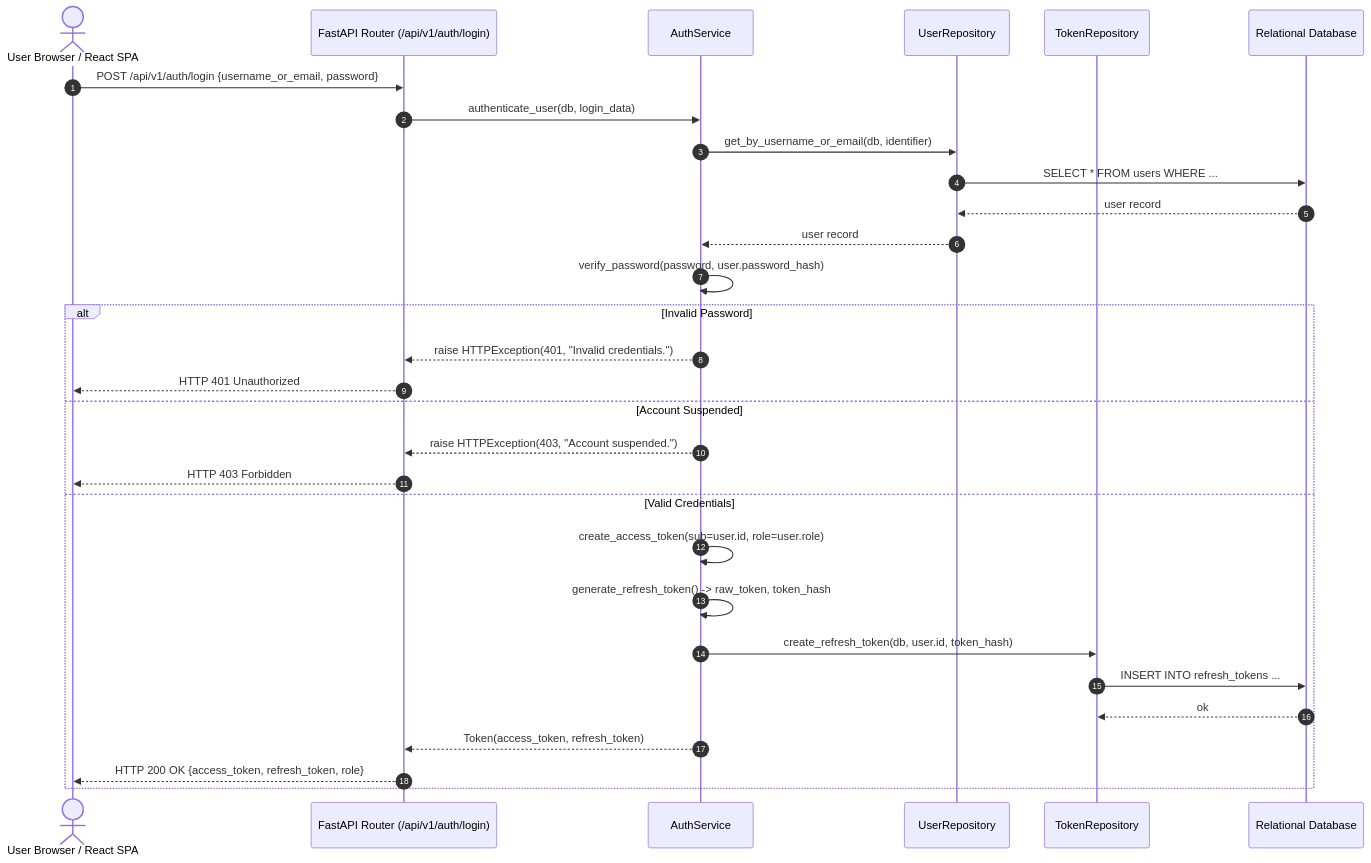
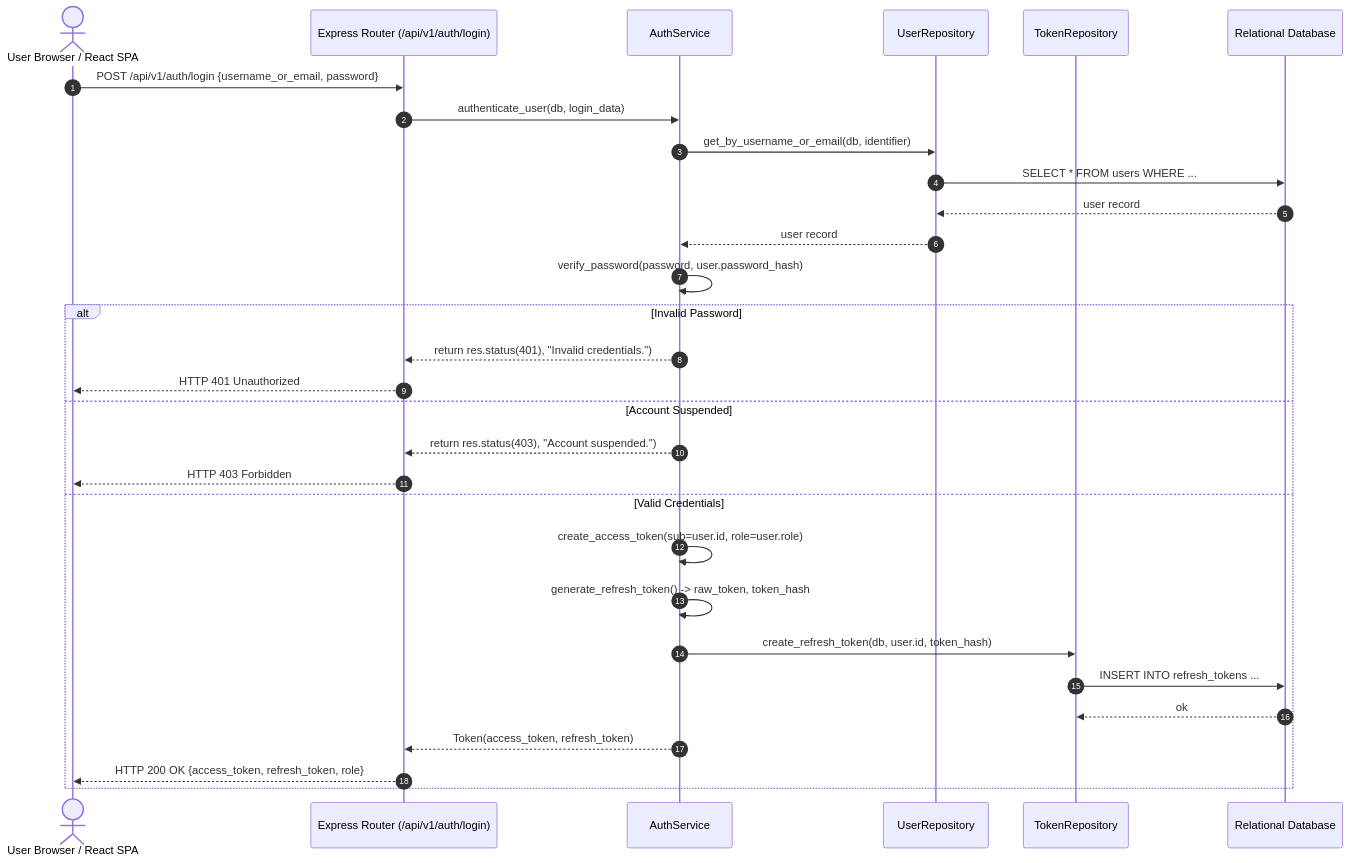
One commit to Coffeee-ui/Batanes_Niche changed the first of 4 diagrams in development/Documentation/06-Authentication-and-Security.md. Above: the diagram before and after it, drawn with Mermaid. The commit also changed other lines of this file and 30 other files, not shown here.

````diff
--- a/development/Documentation/06-Authentication-and-Security.md
+++ b/development/Documentation/06-Authentication-and-Security.md
@@ -154,34 +154,34 @@
 ```mermaid
 sequenceDiagram
     autonumber
     actor User as User Browser / React SPA
-    participant API as FastAPI Router (/api/v1/auth/login)
+    participant API as Express Router (/api/v1/auth/login)
     participant AuthSvc as AuthService
     participant UserRepo as UserRepository
     participant TokenRepo as TokenRepository
     participant DB as Relational Database
 
     User->>API: POST /api/v1/auth/login {username_or_email, password}
     API->>AuthSvc: authenticate_user(db, login_data)
     AuthSvc->>UserRepo: get_by_username_or_email(db, identifier)
     UserRepo->>DB: SELECT * FROM users WHERE ...
     DB-->>UserRepo: user record
     UserRepo-->>AuthSvc: user record
 
     AuthSvc->>AuthSvc: verify_password(password, user.password_hash)
     alt Invalid Password
-        AuthSvc-->>API: raise HTTPException(401, "Invalid credentials.")
+        AuthSvc-->>API: return res.status(401), "Invalid credentials.")
         API-->>User: HTTP 401 Unauthorized
     else Account Suspended
-        AuthSvc-->>API: raise HTTPException(403, "Account suspended.")
+        AuthSvc-->>API: return res.status(403), "Account suspended.")
         API-->>User: HTTP 403 Forbidden
     else Valid Credentials
         AuthSvc->>AuthSvc: create_access_token(sub=user.id, role=user.role)
         AuthSvc->>AuthSvc: generate_refresh_token() -> raw_token, token_hash
         AuthSvc->>TokenRepo: create_refresh_token(db, user.id, token_hash)
         TokenRepo->>DB: INSERT INTO refresh_tokens ...
         DB-->>TokenRepo: ok
         AuthSvc-->>API: Token(access_token, refresh_token)
         API-->>User: HTTP 200 OK {access_token, refresh_token, role}
     end
 ```
````
